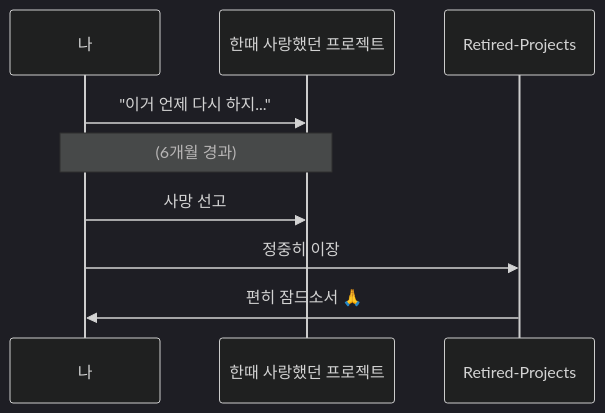
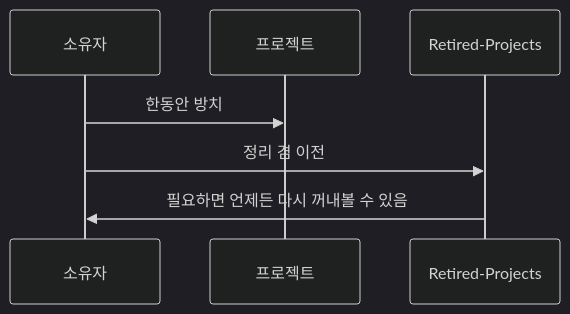
The second of 2 diagrams in profile/README.md (Retired-Projects/.github), drawn with Mermaid (dark theme) before and after one commit. The commit also changed other lines of this file, not shown here.

````diff
--- a/profile/README.md
+++ b/profile/README.md
@@ -20,11 +16,9 @@
 ```mermaid
 sequenceDiagram
-    participant O as 나
-    participant P as 한때 사랑했던 프로젝트
+    participant O as 소유자
+    participant P as 프로젝트
     participant R as Retired-Projects
-    O->>P: "이거 언제 다시 하지..."
-    Note over O,P: (6개월 경과)
-    O->>P: 사망 선고
-    O->>R: 정중히 이장
-    R->>O: 편히 잠드소서 🙏
+    O->>P: 한동안 방치
+    O->>R: 정리 겸 이전
+    R->>O: 필요하면 언제든 다시 꺼내볼 수 있음
 ```
````
